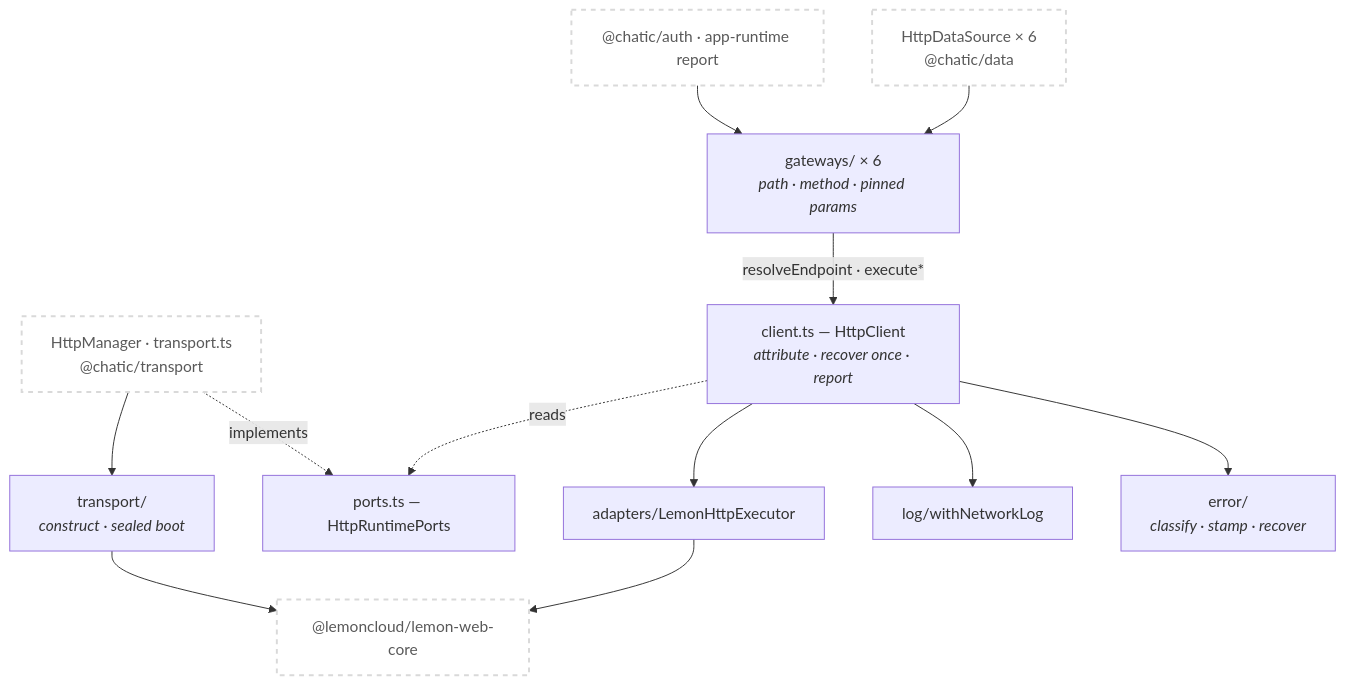
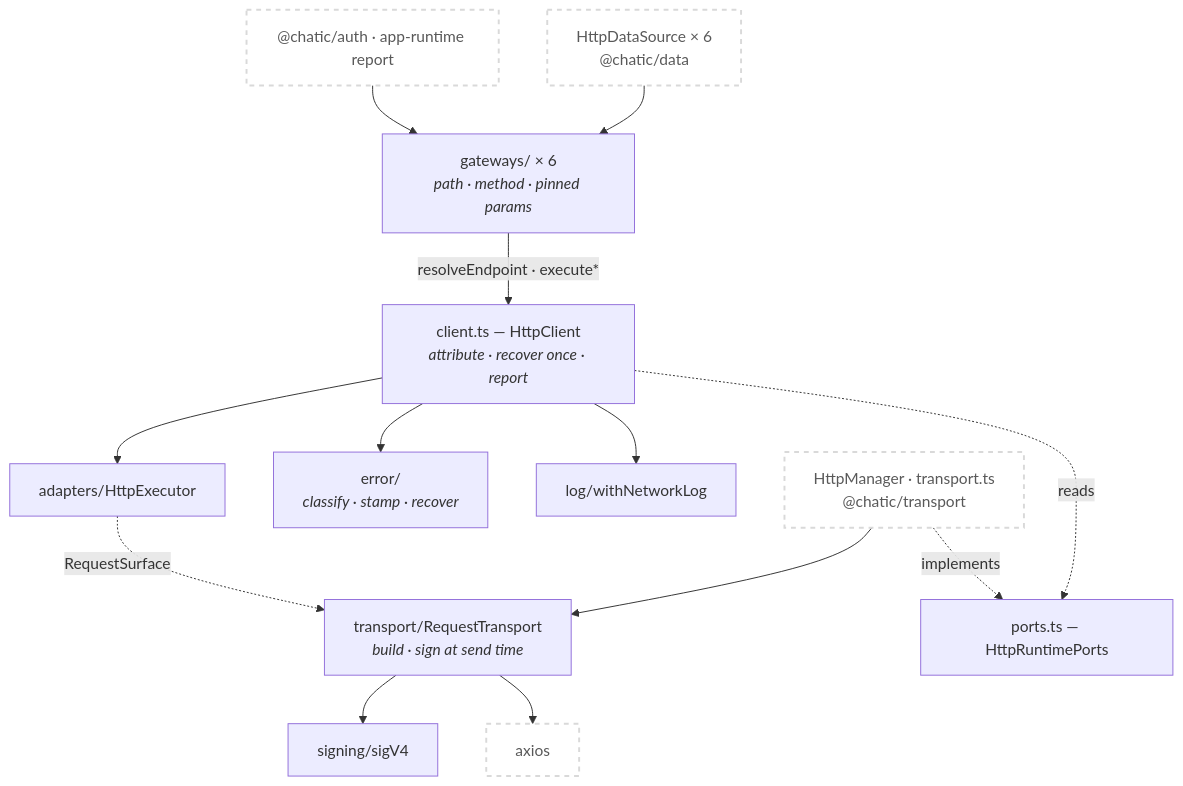
One commit to lemoncloud-io/dou-app changed the first of 2 diagrams in libs/http/README.md. Above: the diagram before and after it, drawn with Mermaid. The commit also changed other lines of this file and 76 other files, not shown here.

First line of the commit message:
refactor(http,transport,auth,app-runtime): sign relay requests in-house, drop lemon (ADR-0298)

````diff
--- a/libs/http/README.md
+++ b/libs/http/README.md
@@ -74,29 +74,31 @@
 ```mermaid
 flowchart TD
     classDef ext fill:#ffffff,stroke:#d9d9d9,stroke-width:2px,color:#595959,stroke-dasharray: 5 5;
 
     DS["HttpDataSource × 6<br/>@chatic/data"]:::ext
     SA["@chatic/auth · app-runtime report"]:::ext
     HM["HttpManager · transport.ts<br/>@chatic/transport"]:::ext
-    LWC["@lemoncloud/lemon-web-core"]:::ext
+    AX["axios"]:::ext
 
     GW["gateways/ × 6<br/><i>path · method · pinned params</i>"]
     CL["client.ts — HttpClient<br/><i>attribute · recover once · report</i>"]
     ERR["error/<br/><i>classify · stamp · recover</i>"]
     LOG["log/withNetworkLog"]
-    AD["adapters/LemonHttpExecutor"]
-    TR["transport/<br/><i>construct · sealed boot</i>"]
+    AD["adapters/HttpExecutor"]
+    TR["transport/RequestTransport<br/><i>build · sign at send time</i>"]
+    SG["signing/sigV4"]
     PORTS["ports.ts — HttpRuntimePorts"]
 
     DS --> GW
     SA --> GW
     GW -->|"resolveEndpoint · execute*"| CL
     CL --> ERR
     CL --> LOG
     CL --> AD
     CL -.->|"reads"| PORTS
     HM -.->|"implements"| PORTS
     HM --> TR
-    AD --> LWC
-    TR --> LWC
+    AD -.->|"RequestSurface"| TR
+    TR --> SG
+    TR --> AX
 ```
````
